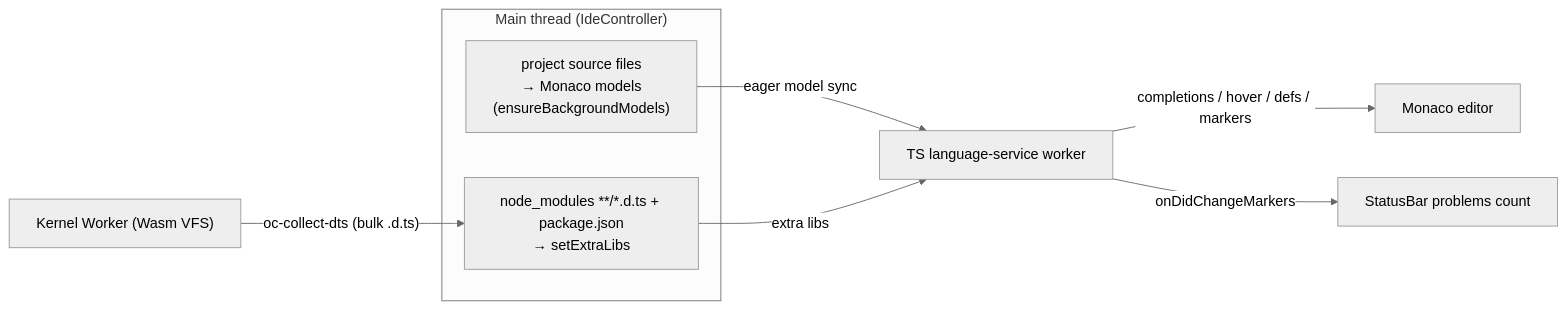
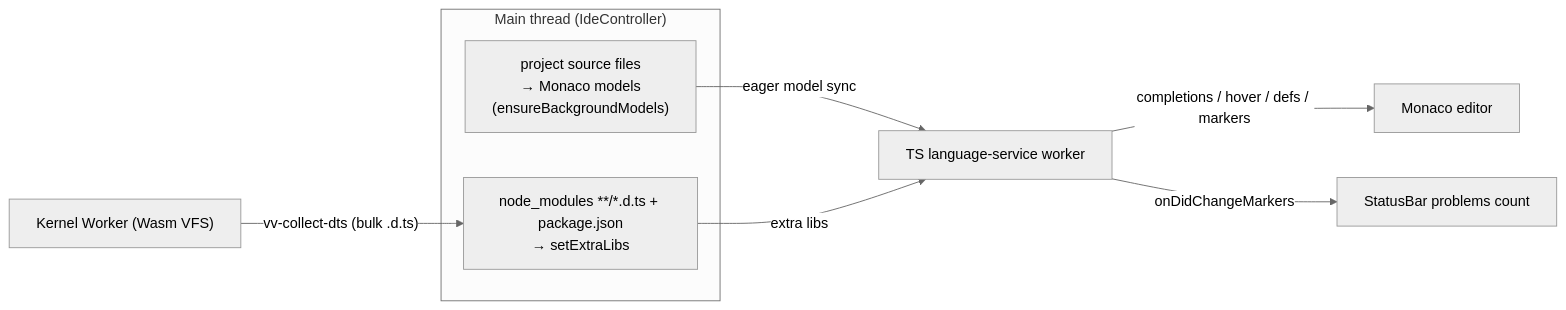
The second of 2 diagrams in ARCHITECTURE.md (maitrungduc1410/vivari), drawn with Mermaid (neutral theme) before and after one commit. The commit also changed other lines of this file and 142 other files, not shown here.

````diff
--- a/ARCHITECTURE.md
+++ b/ARCHITECTURE.md
@@ -612,12 +612,12 @@
 ```mermaid
 flowchart LR
   subgraph Main["Main thread (IdeController)"]
     BG["project source files\n→ Monaco models\n(ensureBackgroundModels)"]
     DEP["node_modules **/*.d.ts + package.json\n→ setExtraLibs"]
   end
-  KW["Kernel Worker (Wasm VFS)"] -->|"oc-collect-dts (bulk .d.ts)"| DEP
+  KW["Kernel Worker (Wasm VFS)"] -->|"vv-collect-dts (bulk .d.ts)"| DEP
   BG -->|"eager model sync"| TSW["TS language-service worker"]
   DEP -->|"extra libs"| TSW
   TSW -->|"completions / hover / defs / markers"| Editor["Monaco editor"]
   TSW -->|"onDidChangeMarkers"| SB["StatusBar problems count"]
 ```
````
